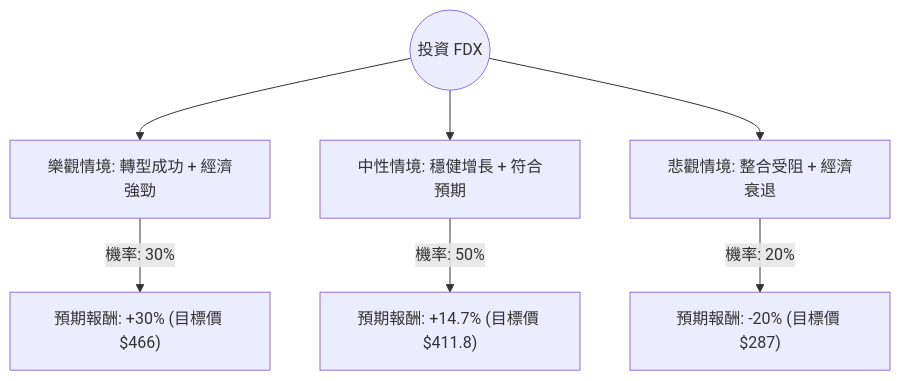
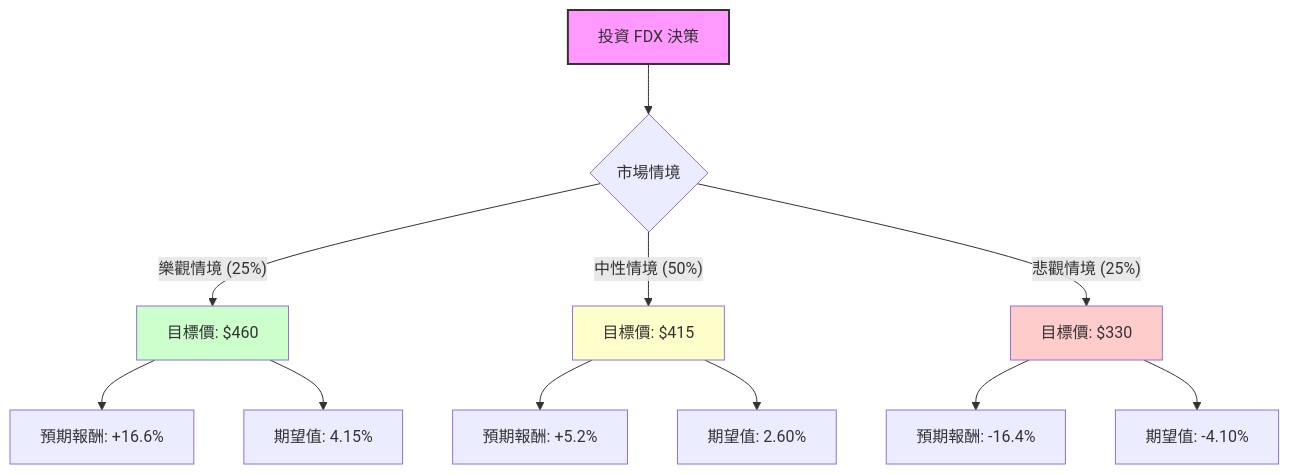
One commit to zmcx16/zmcx16.github.io changed the diagram in plugin-react/ai-analysis/ev-analysis/FDX.md. Above: the diagram before and after it, drawn with Mermaid. The commit also changed other lines of this file and 68 other files, not shown here.

````diff
--- a/plugin-react/ai-analysis/ev-analysis/FDX.md
+++ b/plugin-react/ai-analysis/ev-analysis/FDX.md
@@ -20,10 +19,21 @@
 ```mermaid
 graph TD
-    Start((投資 FDX)) --> Bull[樂觀情境: 轉型成功 + 經濟強勁]
-    Start --> Base[中性情境: 穩健增長 + 符合預期]
-    Start --> Bear[悲觀情境: 整合受阻 + 經濟衰退]
+    A[投資 FDX 決策] --> B{市場情境}
+    
+    B -- 樂觀情境 (25%) --> C[目標價: $460]
+    C --> C1[預期報酬: +16.6%]
+    C --> C2[期望值: 4.15%]
 
-    Bull -- "機率: 30%" --> BullReturn["預期報酬: +30% (目標價 $466)"]
-    Base -- "機率: 50%" --> BaseReturn["預期報酬: +14.7% (目標價 $411.8)"]
-    Bear -- "機率: 20%" --> BearReturn["預期報酬: -20% (目標價 $287)"]
+    B -- 中性情境 (50%) --> D[目標價: $415]
+    D --> D1[預期報酬: +5.2%]
+    D --> D2[期望值: 2.60%]
+
+    B -- 悲觀情境 (25%) --> E[目標價: $330]
+    E --> E1[預期報酬: -16.4%]
+    E --> E2[期望值: -4.10%]
+
+    style A fill:#f9f,stroke:#333,stroke-width:2px
+    style C fill:#ccffcc
+    style D fill:#ffffcc
+    style E fill:#ffcccc
 ```
````
